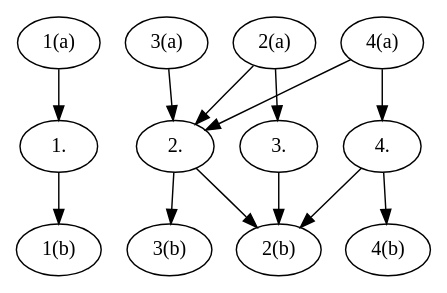
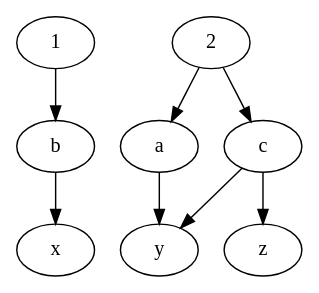
Before and after one commit to geniichi/Discrete_Mathematics: the diagram in Assignments/relations/multig.dot, drawn with Graphviz. The commit also changed 1 other file, not shown here.

```diff
--- a/Assignments/relations/multig.dot
+++ b/Assignments/relations/multig.dot
@@ -1,26 +1,17 @@
 digraph  {
-"1(a)";
-"1.";
-"2(a)";
-"2.";
-"3.";
-"3(a)";
-"4(a)";
-"4.";
-"1(b)";
-"2(b)";
-"3(b)";
-"4(b)";
-"1(a)" -> "1."  [key=0];
-"1." -> "1(b)"  [key=0];
-"2(a)" -> "2."  [key=0];
-"2(a)" -> "3."  [key=0];
-"2." -> "2(b)"  [key=0];
-"2." -> "3(b)"  [key=0];
-"3." -> "2(b)"  [key=0];
-"3(a)" -> "2."  [key=0];
-"4(a)" -> "2."  [key=0];
-"4(a)" -> "4."  [key=0];
-"4." -> "2(b)"  [key=0];
-"4." -> "4(b)"  [key=0];
+1;
+b;
+2;
+a;
+c;
+y;
+x;
+z;
+1 -> b  [key=0];
+b -> x  [key=0];
+2 -> a  [key=0];
+2 -> c  [key=0];
+a -> y  [key=0];
+c -> y  [key=0];
+c -> z  [key=0];
 }
```
